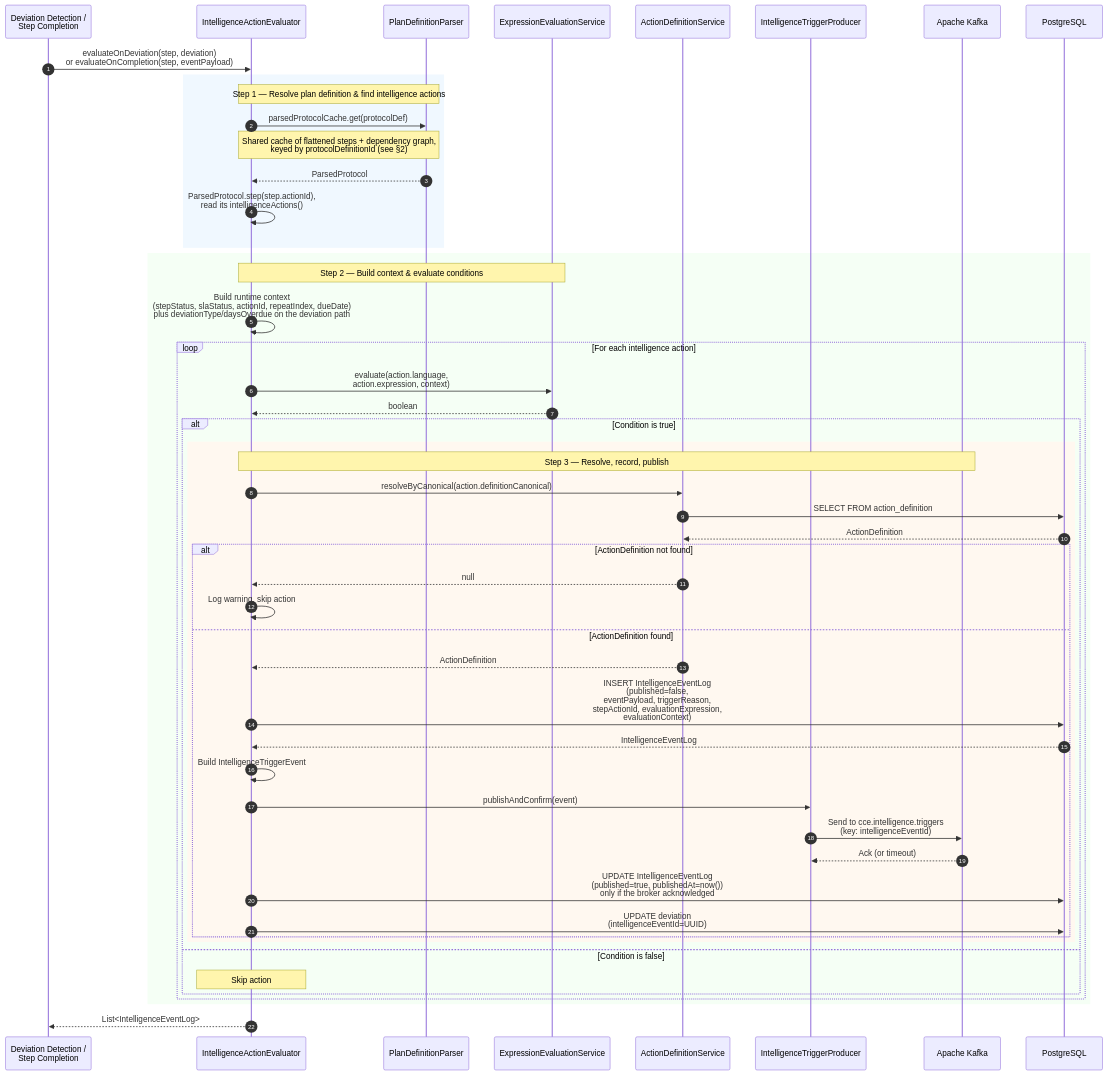
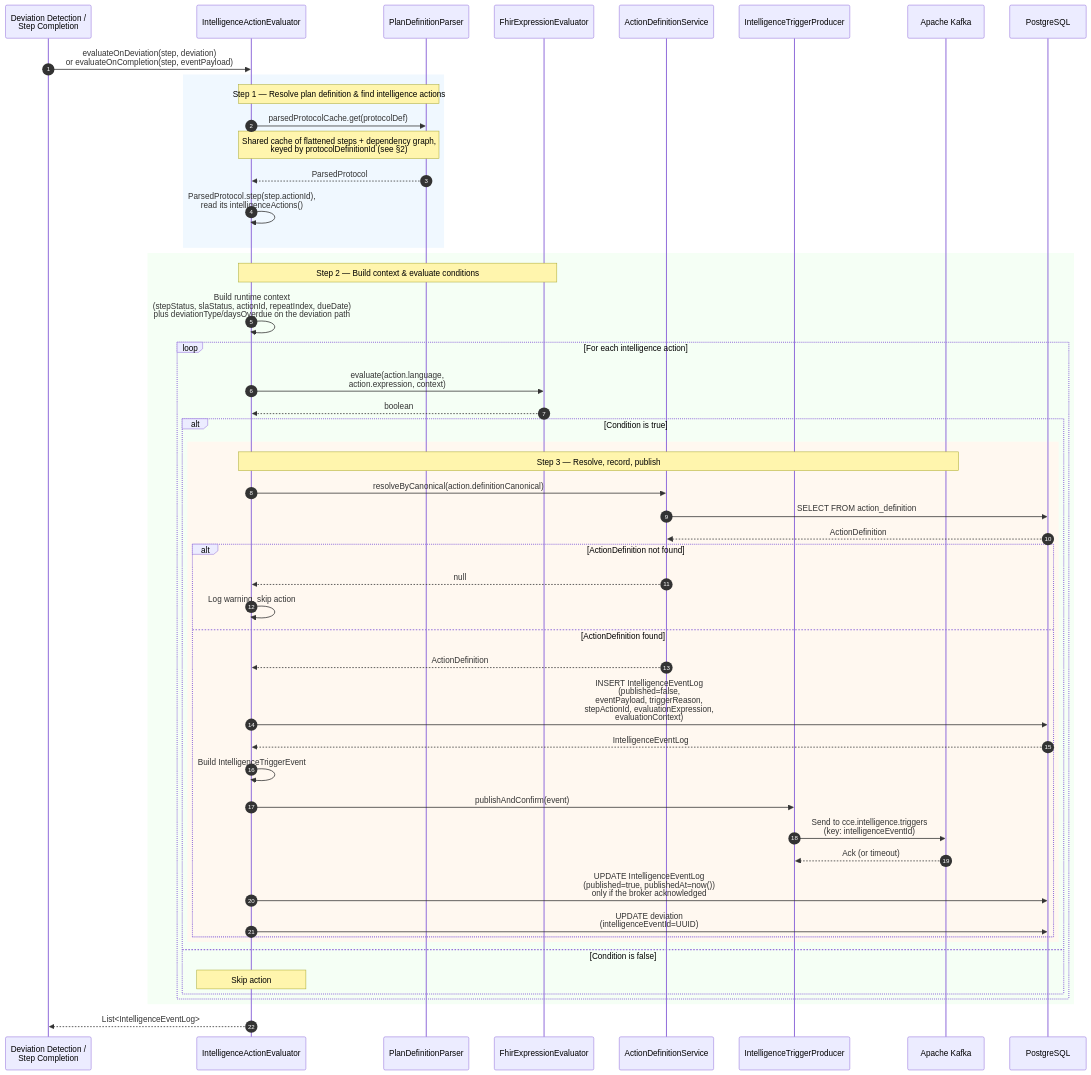
Before and after one commit to Jayaprakash8887/cce-matcher-service: the sixth of 11 diagrams in docs/flow-diagrams.md, drawn with Mermaid. The commit also changed other lines of this file and 15 other files, not shown here.

````diff
--- a/docs/flow-diagrams.md
+++ b/docs/flow-diagrams.md
@@ -306,62 +306,62 @@
 ```mermaid
 sequenceDiagram
     autonumber
     participant Trigger as Deviation Detection /<br/>Step Completion
     participant Evaluator as IntelligenceActionEvaluator
     participant Parser as PlanDefinitionParser
-    participant ExprEval as ExpressionEvaluationService
+    participant ExprEval as FhirExpressionEvaluator
     participant ActionDefSvc as ActionDefinitionService
     participant Producer as IntelligenceTriggerProducer
     participant Kafka as Apache Kafka
     participant DB as PostgreSQL
 
     Trigger->>Evaluator: evaluateOnDeviation(step, deviation)<br/>or evaluateOnCompletion(step, eventPayload)
 
     rect rgb(240, 248, 255)
         Note over Evaluator,Parser: Step 1 — Resolve plan definition & find intelligence actions
         Evaluator->>Parser: parsedProtocolCache.get(protocolDef)
         Note over Evaluator,Parser: Shared cache of flattened steps + dependency graph,<br/>keyed by protocolDefinitionId (see §2)
         Parser-->>Evaluator: ParsedProtocol
         Evaluator->>Evaluator: ParsedProtocol.step(step.actionId),<br/>read its intelligenceActions()
     end
 
     rect rgb(245, 255, 245)
         Note over Evaluator,ExprEval: Step 2 — Build context & evaluate conditions
         Evaluator->>Evaluator: Build runtime context<br/>(stepStatus, slaStatus, actionId, repeatIndex, dueDate)<br/>plus deviationType/daysOverdue on the deviation path
 
         loop For each intelligence action
             Evaluator->>ExprEval: evaluate(action.language,<br/>action.expression, context)
             ExprEval-->>Evaluator: boolean
 
             alt Condition is true
                 rect rgb(255, 248, 240)
                     Note over Evaluator,Kafka: Step 3 — Resolve, record, publish
                     Evaluator->>ActionDefSvc: resolveByCanonical(action.definitionCanonical)
                     ActionDefSvc->>DB: SELECT FROM action_definition
                     DB-->>ActionDefSvc: ActionDefinition
 
                     alt ActionDefinition not found
                         ActionDefSvc-->>Evaluator: null
                         Evaluator->>Evaluator: Log warning, skip action
                     else ActionDefinition found
                         ActionDefSvc-->>Evaluator: ActionDefinition
                         Evaluator->>DB: INSERT IntelligenceEventLog<br/>(published=false,<br/>eventPayload, triggerReason,<br/>stepActionId, evaluationExpression,<br/>evaluationContext)
                         DB-->>Evaluator: IntelligenceEventLog
 
                         Evaluator->>Evaluator: Build IntelligenceTriggerEvent
                         Evaluator->>Producer: publishAndConfirm(event)
                         Producer->>Kafka: Send to cce.intelligence.triggers<br/>(key: intelligenceEventId)
                         Kafka-->>Producer: Ack (or timeout)
 
                         Evaluator->>DB: UPDATE IntelligenceEventLog<br/>(published=true, publishedAt=now())<br/>only if the broker acknowledged
                         Evaluator->>DB: UPDATE deviation<br/>(intelligenceEventId=UUID)
                     end
                 end
             else Condition is false
                 Note over Evaluator: Skip action
             end
         end
     end
 
     Evaluator-->>Trigger: List<IntelligenceEventLog>
 ```
````
